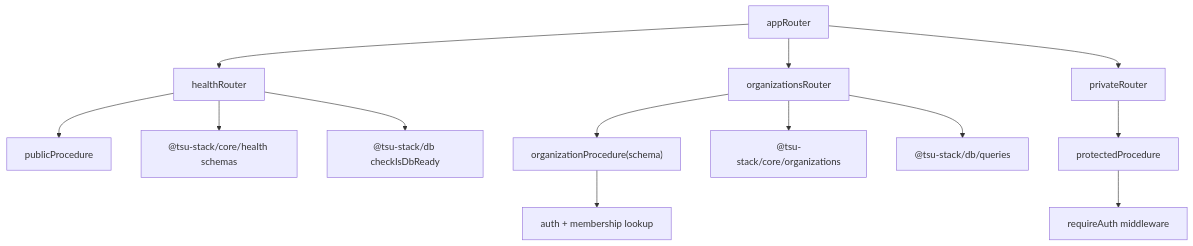
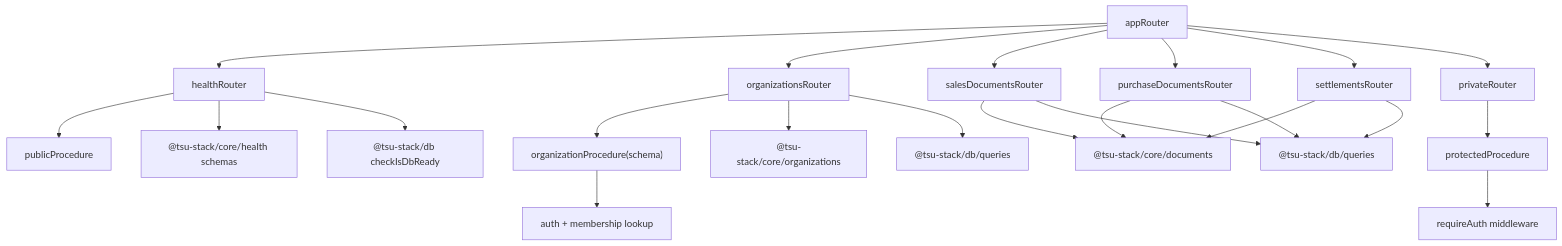
The first of 3 diagrams in packages/api/ARCHITECTURE.md (isherbuilds/edernal-books), drawn with Mermaid before and after one commit. The commit also changed other lines of this file and 44 other files, not shown here.

````diff
--- a/packages/api/ARCHITECTURE.md
+++ b/packages/api/ARCHITECTURE.md
@@ -9,15 +9,24 @@
 ```mermaid
 flowchart TD
   AppRouter["appRouter"] --> Health["healthRouter"]
   AppRouter --> Organizations["organizationsRouter"]
+  AppRouter --> SalesDocuments["salesDocumentsRouter"]
+  AppRouter --> PurchaseDocuments["purchaseDocumentsRouter"]
+  AppRouter --> Settlements["settlementsRouter"]
   AppRouter --> Private["privateRouter"]
   Health --> Public["publicProcedure"]
   Private --> Protected["protectedProcedure"]
   Organizations --> OrgProcedure["organizationProcedure(schema)"]
   Protected --> AuthMiddleware["requireAuth middleware"]
   OrgProcedure --> Membership["auth + membership lookup"]
   Health --> HealthCore["@tsu-stack/core/health schemas"]
   Health --> DBReady["@tsu-stack/db checkIsDbReady"]
   Organizations --> OrgCore["@tsu-stack/core/organizations"]
   Organizations --> OrgQueries["@tsu-stack/db/queries"]
+  SalesDocuments --> DocumentCore["@tsu-stack/core/documents"]
+  PurchaseDocuments --> DocumentCore
+  Settlements --> DocumentCore
+  SalesDocuments --> DocumentQueries["@tsu-stack/db/queries"]
+  PurchaseDocuments --> DocumentQueries
+  Settlements --> DocumentQueries
 ```
````
